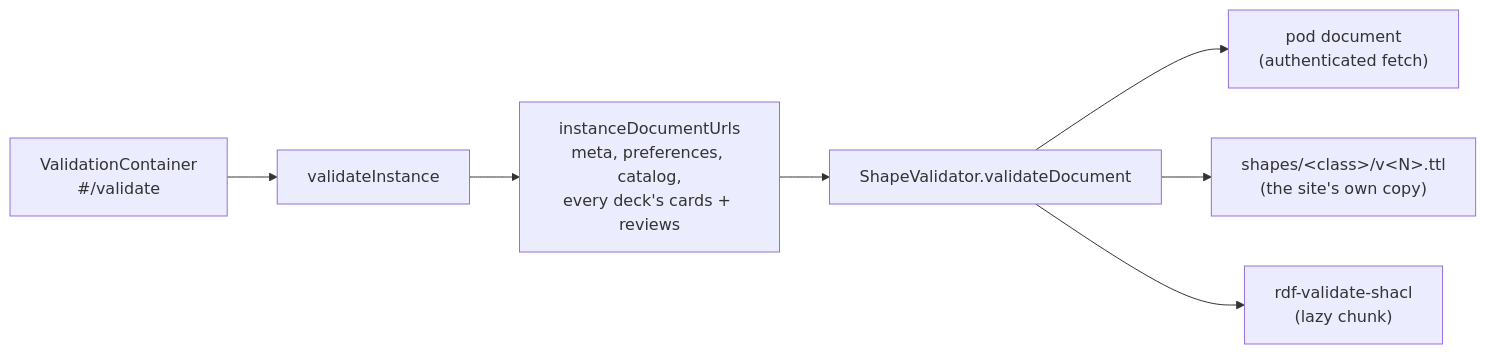
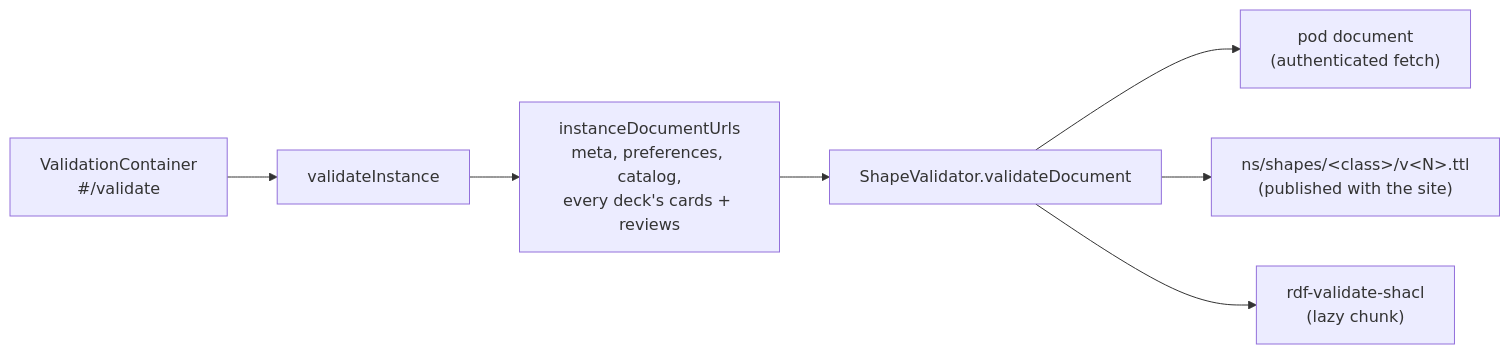
Before and after one commit to solid-memo/website: the diagram in docs/validation.md, drawn with Mermaid. The commit also changed other lines of this file and 19 other files, not shown here.

````diff
--- a/docs/validation.md
+++ b/docs/validation.md
@@ -20,9 +20,9 @@
 ```mermaid
 flowchart LR
     ui["ValidationContainer<br/>#/validate"] --> uc["validateInstance"]
     uc --> docs["instanceDocumentUrls<br/>meta, preferences, catalog,<br/>every deck's cards + reviews"]
     docs --> port["ShapeValidator.validateDocument"]
     port --> pod["pod document<br/>(authenticated fetch)"]
-    port --> shapes["shapes/&lt;class&gt;/v&lt;N&gt;.ttl<br/>(the site's own copy)"]
+    port --> shapes["ns/shapes/&lt;class&gt;/v&lt;N&gt;.ttl<br/>(published with the site)"]
     port --> engine["rdf-validate-shacl<br/>(lazy chunk)"]
 ```
````
